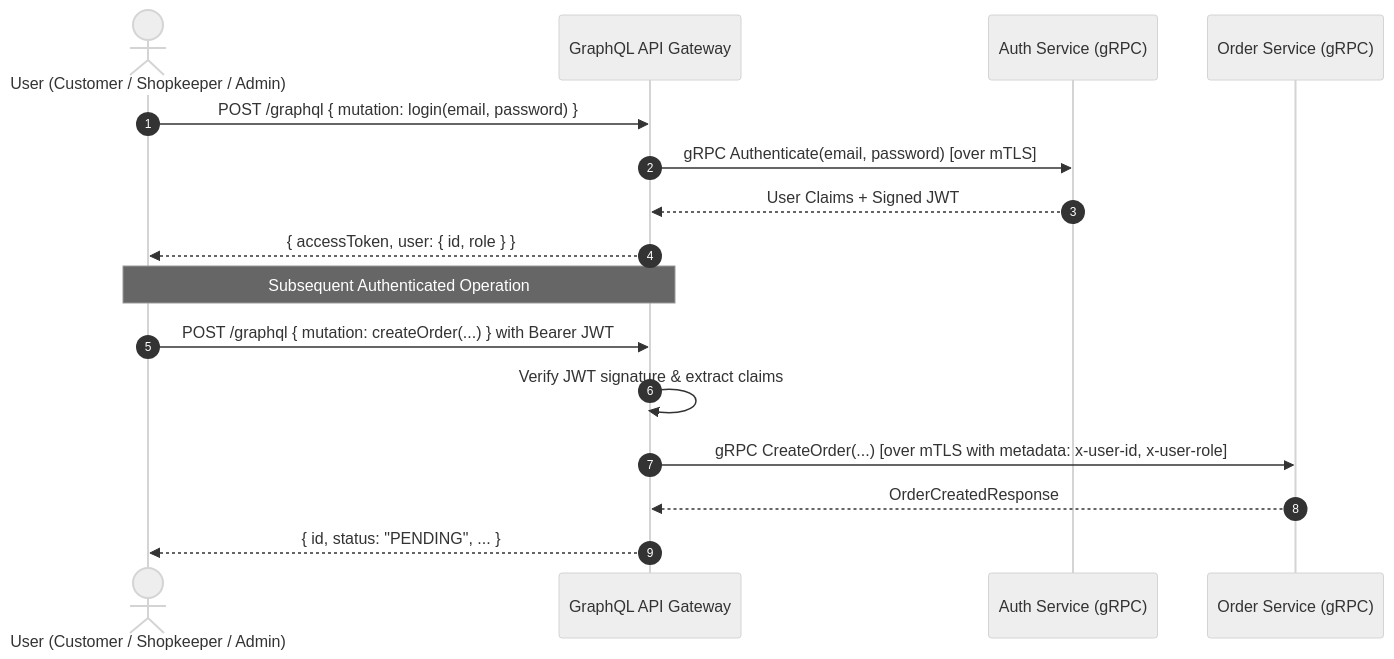
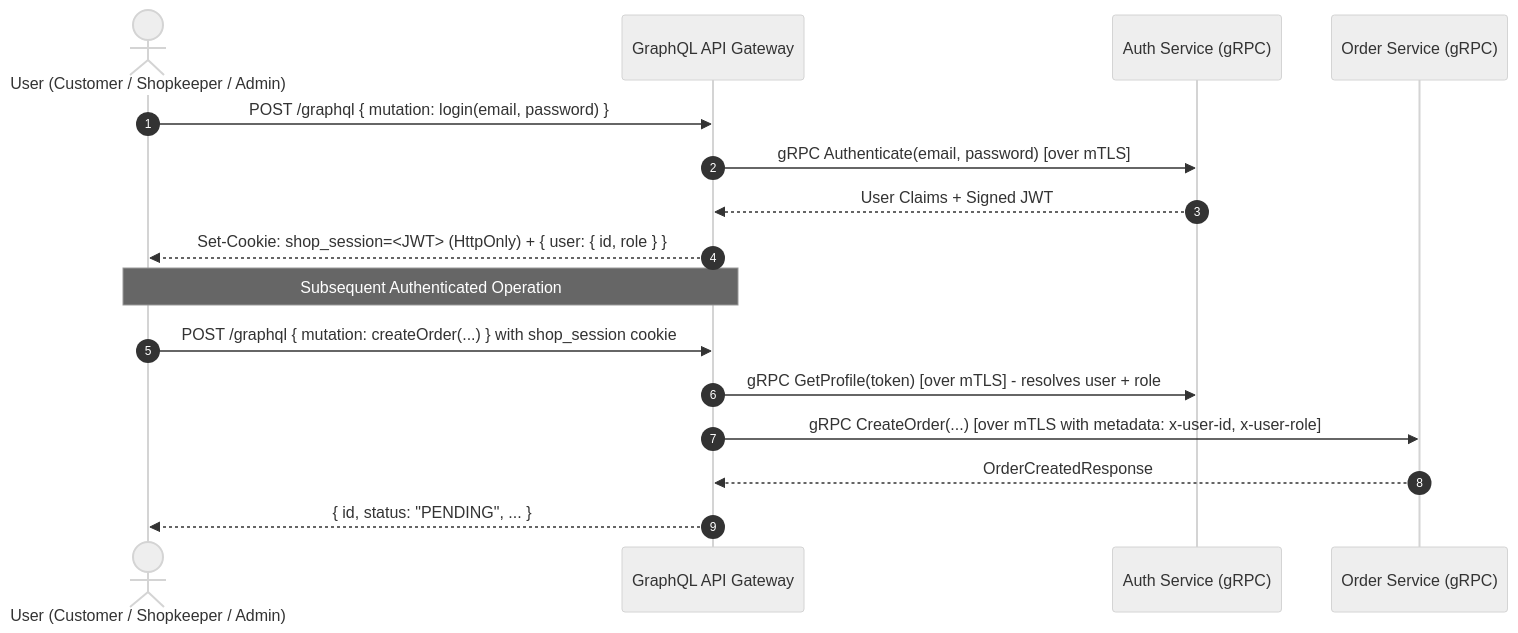
The third of 6 diagrams in ARCHITECTURE.md (pranayshastri/interns-mini-project), drawn with Mermaid (neutral theme) before and after one commit. The commit also changed other lines of this file and 2 other files, not shown here.

First line of the commit message:
fix: repair bcrypt seed hash and sync ARCHITECTURE.md with reality

````diff
--- a/ARCHITECTURE.md
+++ b/ARCHITECTURE.md
@@ -120,20 +133,20 @@
 ```mermaid
 sequenceDiagram
     autonumber
     actor User as User (Customer / Shopkeeper / Admin)
     participant GW as GraphQL API Gateway
     participant AuthSvc as Auth Service (gRPC)
     participant OrderSvc as Order Service (gRPC)
 
     User->>GW: POST /graphql { mutation: login(email, password) }
     GW->>AuthSvc: gRPC Authenticate(email, password) [over mTLS]
     AuthSvc-->>GW: User Claims + Signed JWT
-    GW-->>User: { accessToken, user: { id, role } }
+    GW-->>User: Set-Cookie: shop_session=<JWT> (HttpOnly) + { user: { id, role } }
 
     Note over User,GW: Subsequent Authenticated Operation
-    User->>GW: POST /graphql { mutation: createOrder(...) } with Bearer JWT
-    GW->>GW: Verify JWT signature & extract claims
+    User->>GW: POST /graphql { mutation: createOrder(...) } with shop_session cookie
+    GW->>AuthSvc: gRPC GetProfile(token) [over mTLS] - resolves user + role
     GW->>OrderSvc: gRPC CreateOrder(...) [over mTLS with metadata: x-user-id, x-user-role]
     OrderSvc-->>GW: OrderCreatedResponse
     GW-->>User: { id, status: "PENDING", ... }
 ```
````
